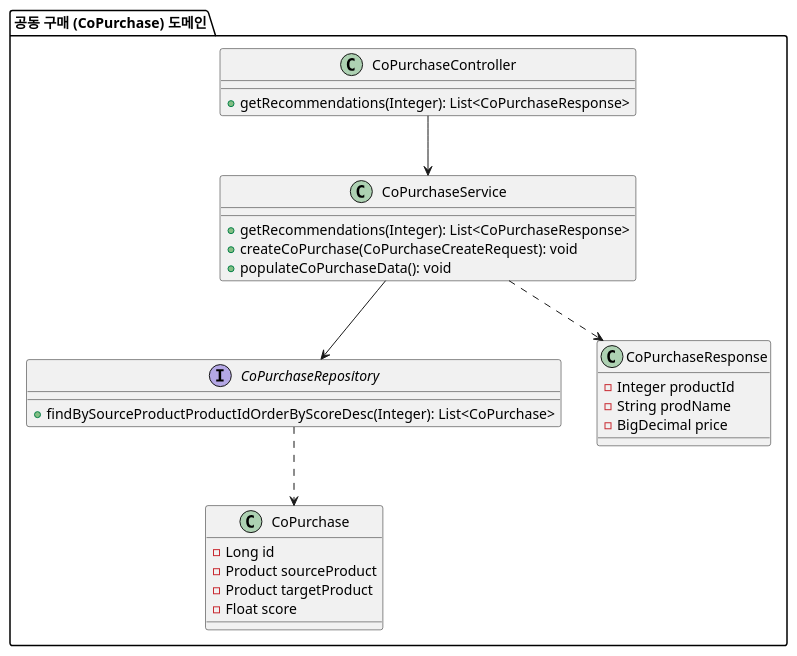
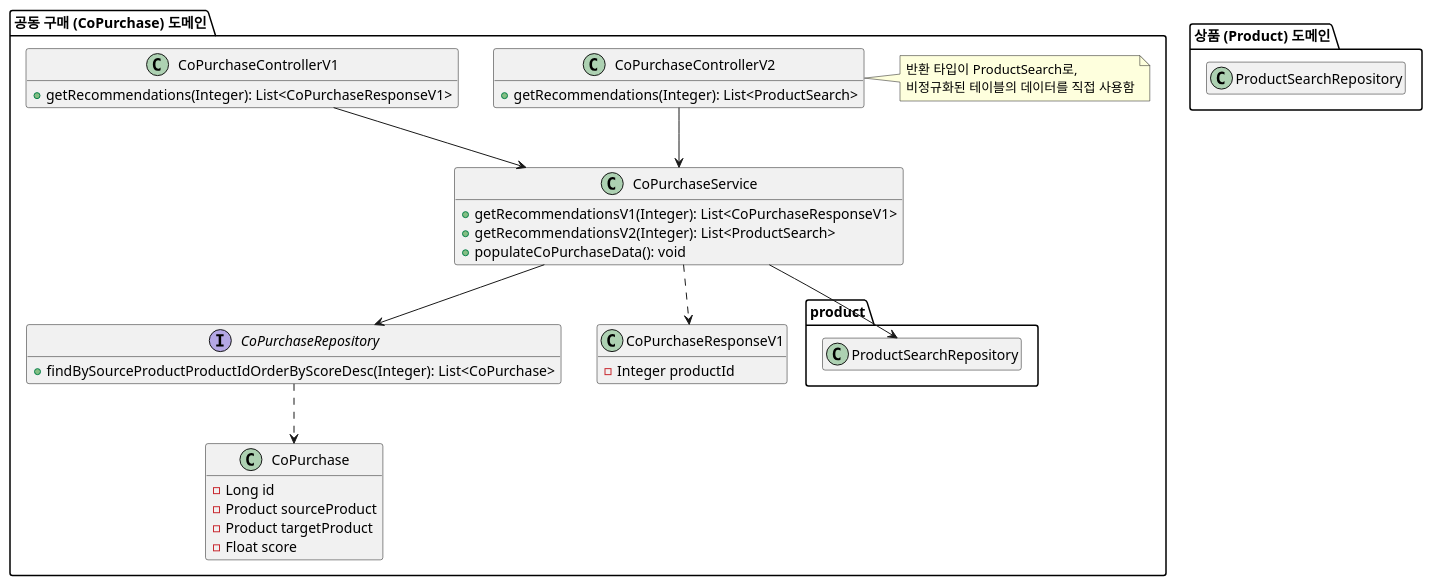
Before and after one commit to ecommerce-systems/Backend: the diagram in docs/Diagram/CoPurchase/class_diagram.puml, drawn with PlantUML. The commit also changed 8 other files, not shown here.

```diff
--- a/docs/Diagram/CoPurchase/class_diagram.puml
+++ b/docs/Diagram/CoPurchase/class_diagram.puml
@@ -1,36 +1,50 @@
 @startuml
 package "공동 구매 (CoPurchase) 도메인" {
 
     class CoPurchase {
         - Long id
         - Product sourceProduct
         - Product targetProduct
         - Float score
     }
 
     interface CoPurchaseRepository {
         + findBySourceProductProductIdOrderByScoreDesc(Integer): List<CoPurchase>
     }
 
     class CoPurchaseService {
-        + getRecommendations(Integer): List<CoPurchaseResponse>
-        + createCoPurchase(CoPurchaseCreateRequest): void
+        + getRecommendationsV1(Integer): List<CoPurchaseResponseV1>
+        + getRecommendationsV2(Integer): List<ProductSearch>
         + populateCoPurchaseData(): void
     }
 
-    class CoPurchaseController {
-        + getRecommendations(Integer): List<CoPurchaseResponse>
+    class CoPurchaseControllerV1 {
+        + getRecommendations(Integer): List<CoPurchaseResponseV1>
+    }
+    class CoPurchaseControllerV2 {
+        + getRecommendations(Integer): List<ProductSearch>
     }
     
-    class CoPurchaseResponse {
+    class CoPurchaseResponseV1 {
         - Integer productId
-        - String prodName
-        - BigDecimal price
     }
+    
+    note right of CoPurchaseControllerV2
+        반환 타입이 ProductSearch로,
+        비정규화된 테이블의 데이터를 직접 사용함
+    end note
 
-    CoPurchaseController --> CoPurchaseService
+    CoPurchaseControllerV1 --> CoPurchaseService
+    CoPurchaseControllerV2 --> CoPurchaseService
     CoPurchaseService --> CoPurchaseRepository
+    CoPurchaseService --> product.ProductSearchRepository
     CoPurchaseRepository ..> CoPurchase
-    CoPurchaseService ..> CoPurchaseResponse
+    CoPurchaseService ..> CoPurchaseResponseV1
 }
+
+package "상품 (Product) 도메인" as product {
+    class ProductSearchRepository
+}
+
+hide empty members
 @enduml
```
